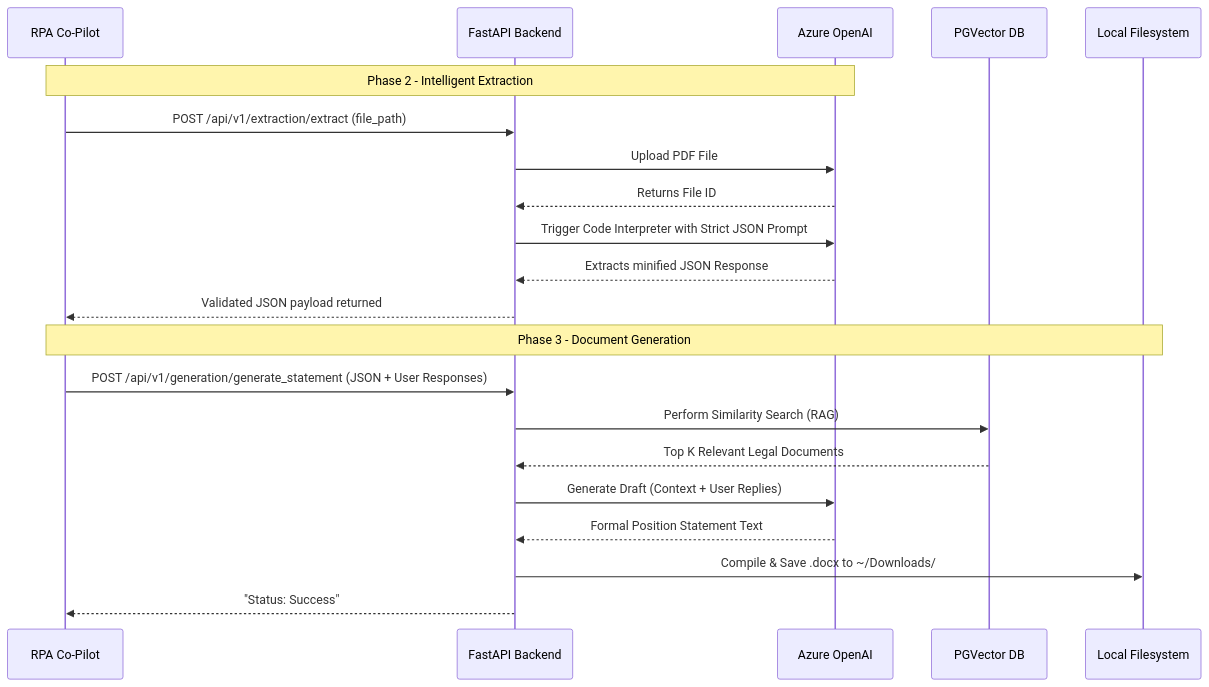
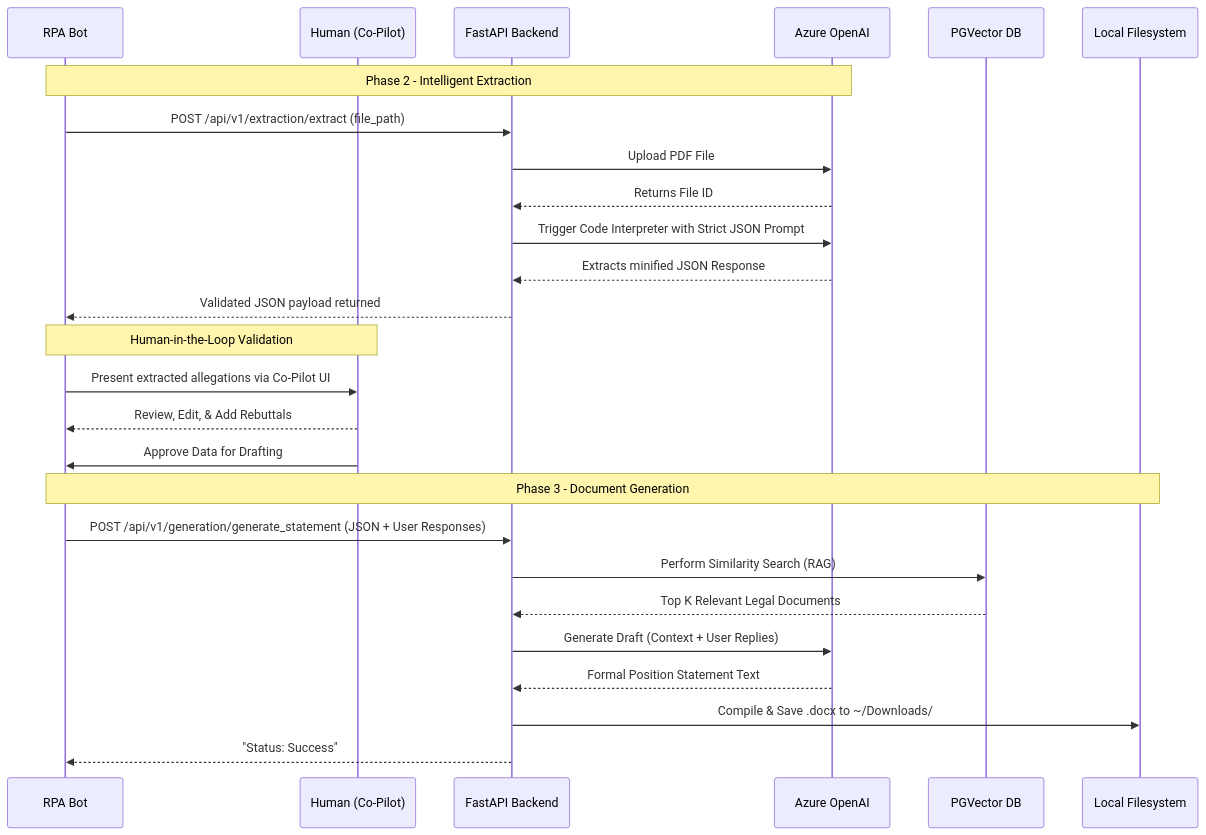
The second of 2 diagrams in Legal_Pleadings_SDD.md (GaneshBhat-BCH/Legal-Pleadings), drawn with Mermaid before and after one commit. The commit also changed other lines of this file and 2 other files, not shown here.

Commit message:
Update SDD with Human-in-the-Loop Co-Pilot approval step and add docx generator

````diff
--- a/Legal_Pleadings_SDD.md
+++ b/Legal_Pleadings_SDD.md
@@ -50,25 +56,31 @@
 ```mermaid
 sequenceDiagram
-    participant RPA as RPA Co-Pilot
+    participant RPA as RPA Bot
+    participant Human as Human (Co-Pilot)
     participant API as FastAPI Backend
     participant AOAI as Azure OpenAI
     participant DB as PGVector DB
     participant OS as Local Filesystem
 
     Note over RPA, AOAI: Phase 2 - Intelligent Extraction
     RPA->>API: POST /api/v1/extraction/extract (file_path)
     API->>AOAI: Upload PDF File
     AOAI-->>API: Returns File ID
     API->>AOAI: Trigger Code Interpreter with Strict JSON Prompt
     AOAI-->>API: Extracts minified JSON Response
     API-->>RPA: Validated JSON payload returned
     
+    Note over RPA, Human: Human-in-the-Loop Validation
+    RPA->>Human: Present extracted allegations via Co-Pilot UI
+    Human-->>RPA: Review, Edit, & Add Rebuttals
+    Human->>RPA: Approve Data for Drafting
+    
     Note over RPA, OS: Phase 3 - Document Generation
     RPA->>API: POST /api/v1/generation/generate_statement (JSON + User Responses)
     API->>DB: Perform Similarity Search (RAG)
     DB-->>API: Top K Relevant Legal Documents
     API->>AOAI: Generate Draft (Context + User Replies)
     AOAI-->>API: Formal Position Statement Text
     API->>OS: Compile & Save .docx to ~/Downloads/
     API-->>RPA: "Status: Success"
 ```
````
